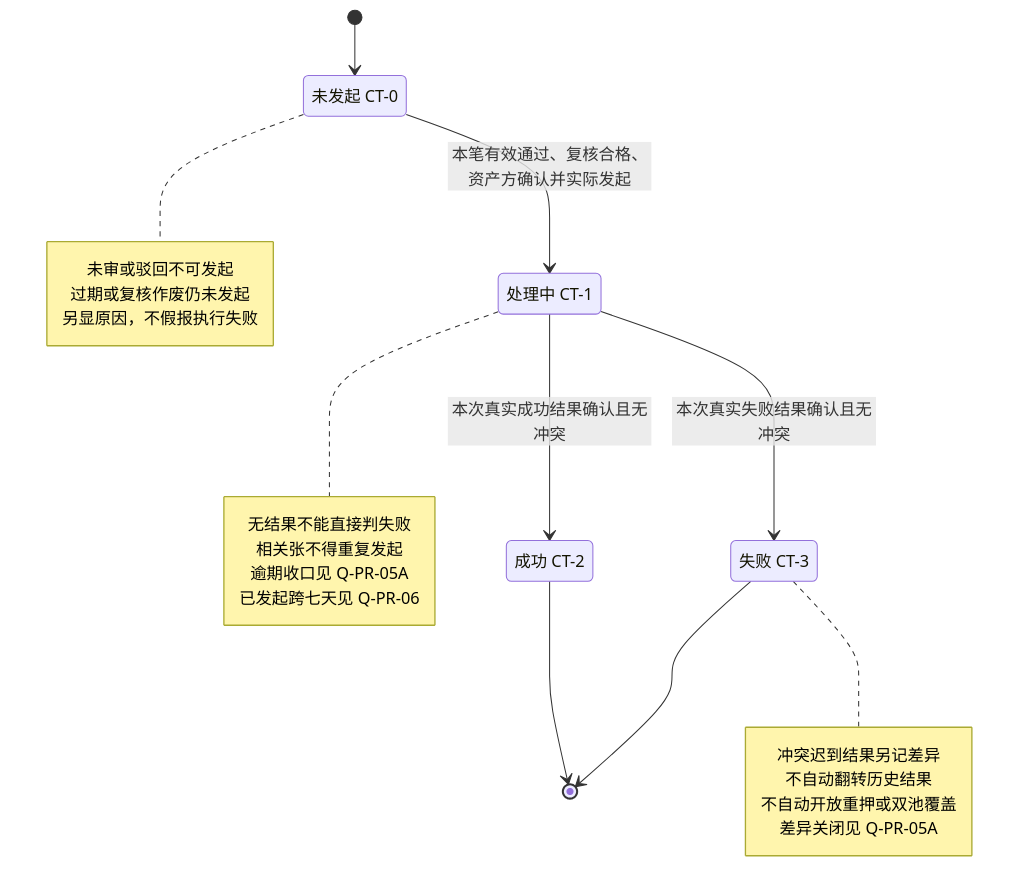
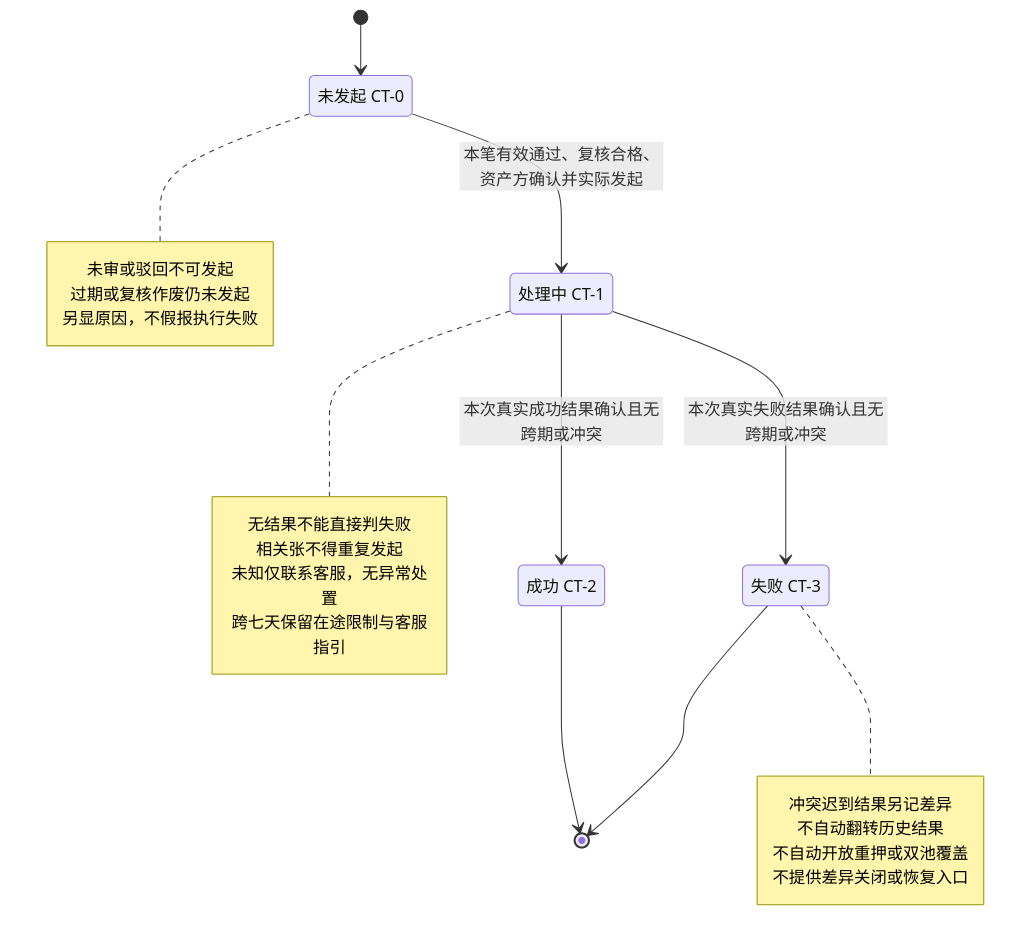
One commit to wxblockchain/Chain-Financing changed the sixth of 6 diagrams in lending-platform/PRD/v1.0-代币质押审核/v1.0-代币质押审核-流程图与状态机.md. Above: the diagram before and after it, drawn with Mermaid. The commit also changed other lines of this file and 2 other files, not shown here.

````diff
--- a/lending-platform/PRD/v1.0-代币质押审核/v1.0-代币质押审核-流程图与状态机.md
+++ b/lending-platform/PRD/v1.0-代币质押审核/v1.0-代币质押审核-流程图与状态机.md
@@ -161,30 +161,30 @@
 ```mermaid
 stateDiagram-v2
   state "未发起 CT-0" as NotStarted
   state "处理中 CT-1" as Processing
   state "成功 CT-2" as Succeeded
   state "失败 CT-3" as Failed
   [*] --> NotStarted
   NotStarted --> Processing: 本笔有效通过、复核合格、资产方确认并实际发起
-  Processing --> Succeeded: 本次真实成功结果确认且无冲突
-  Processing --> Failed: 本次真实失败结果确认且无冲突
+  Processing --> Succeeded: 本次真实成功结果确认且无跨期或冲突
+  Processing --> Failed: 本次真实失败结果确认且无跨期或冲突
   Succeeded --> [*]
   Failed --> [*]
   note right of NotStarted
     未审或驳回不可发起
     过期或复核作废仍未发起
     另显原因，不假报执行失败
   end note
   note right of Processing
     无结果不能直接判失败
     相关张不得重复发起
-    逾期收口见 Q-PR-05A
-    已发起跨七天见 Q-PR-06
+    未知仅联系客服，无异常处置
+    跨七天保留在途限制与客服指引
   end note
   note right of Failed
     冲突迟到结果另记差异
     不自动翻转历史结果
     不自动开放重押或双池覆盖
-    差异关闭见 Q-PR-05A
+    不提供差异关闭或恢复入口
   end note
 ```
````
